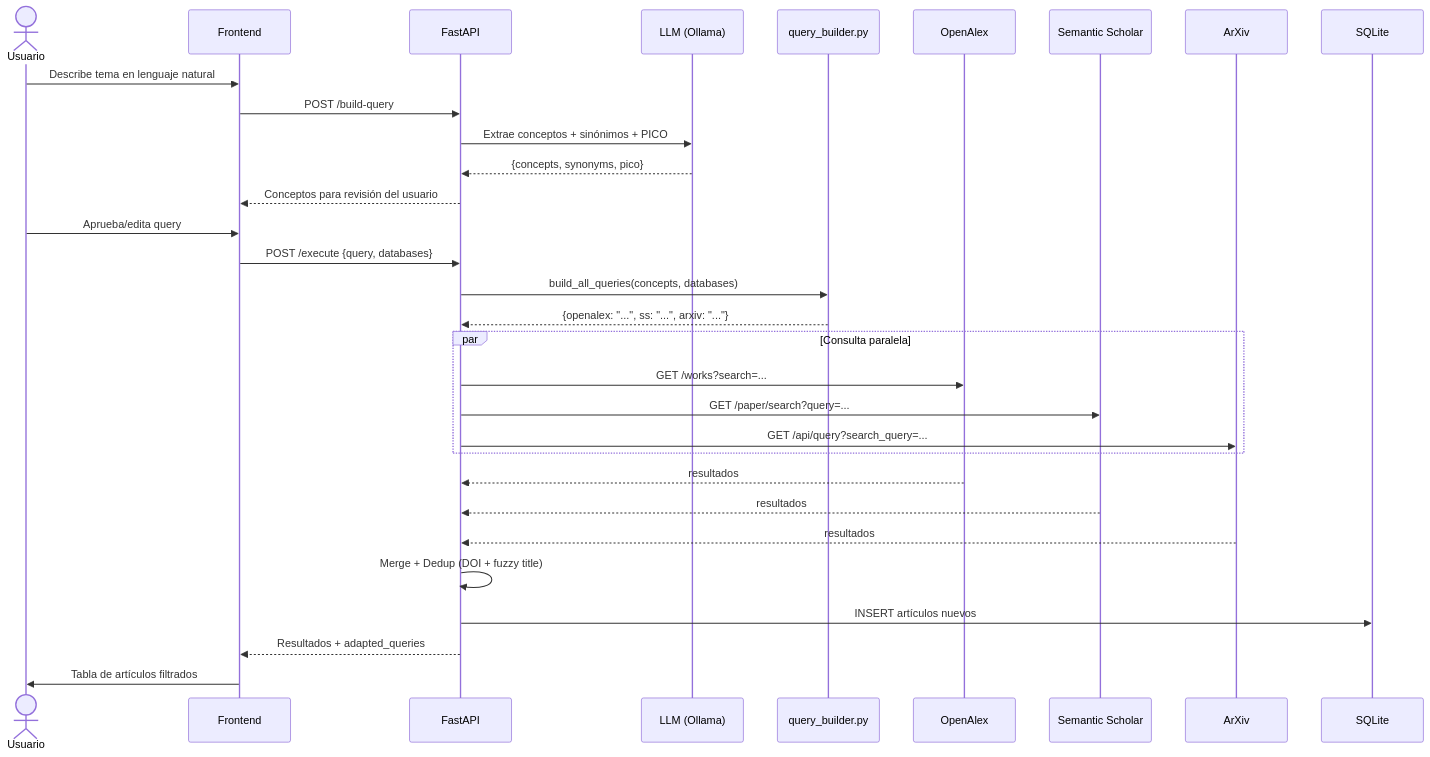
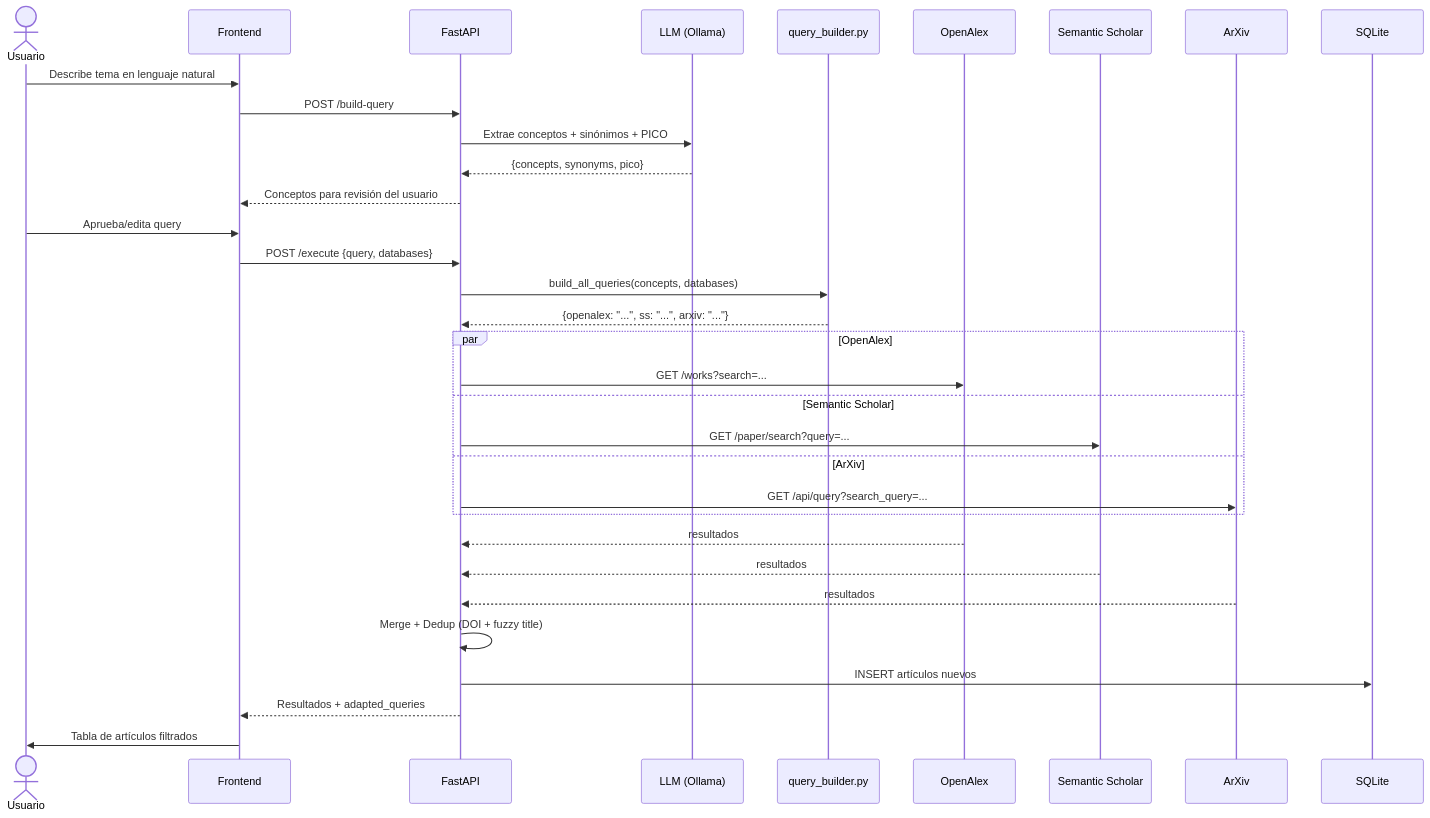
One commit to AlexPrietoRomani/AgriSearch changed the diagram in documentation.md. Above: the diagram before and after it, drawn with Mermaid. The commit also changed 1 other file, not shown here.

Commit message:
fix(docs): corrige sintaxis mermaid no compatible en flujogramas
- Reemplaza el operador & por nodos separados en el graph TD de plan_a_seguir.md
- Agrega bloques 'and' en el sequenceDiagram de documentation.md para compatibilidad

````diff
--- a/documentation.md
+++ b/documentation.md
@@ -22,34 +22,36 @@
 ```mermaid
 sequenceDiagram
     actor User as Usuario
     participant FE as Frontend
     participant API as FastAPI
     participant LLM as LLM (Ollama)
     participant QB as query_builder.py
     participant OA as OpenAlex
     participant SS as Semantic Scholar
     participant AX as ArXiv
     participant DB as SQLite
 
     User->>FE: Describe tema en lenguaje natural
     FE->>API: POST /build-query
     API->>LLM: Extrae conceptos + sinónimos + PICO
     LLM-->>API: {concepts, synonyms, pico}
     API-->>FE: Conceptos para revisión del usuario
     User->>FE: Aprueba/edita query
     FE->>API: POST /execute {query, databases}
     API->>QB: build_all_queries(concepts, databases)
     QB-->>API: {openalex: "...", ss: "...", arxiv: "..."}
-    par Consulta paralela
+    par OpenAlex
         API->>OA: GET /works?search=...
+    and Semantic Scholar
         API->>SS: GET /paper/search?query=...
+    and ArXiv
         API->>AX: GET /api/query?search_query=...
     end
     OA-->>API: resultados
     SS-->>API: resultados
     AX-->>API: resultados
     API->>API: Merge + Dedup (DOI + fuzzy title)
     API->>DB: INSERT artículos nuevos
     API-->>FE: Resultados + adapted_queries
     FE->>User: Tabla de artículos filtrados
 ```
````
